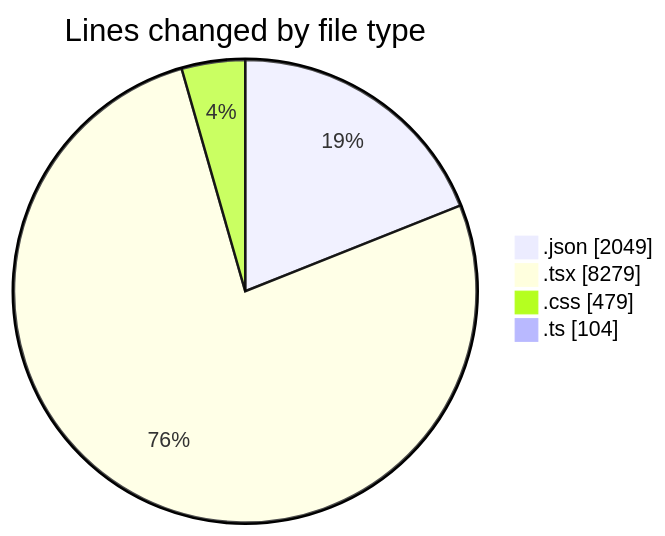
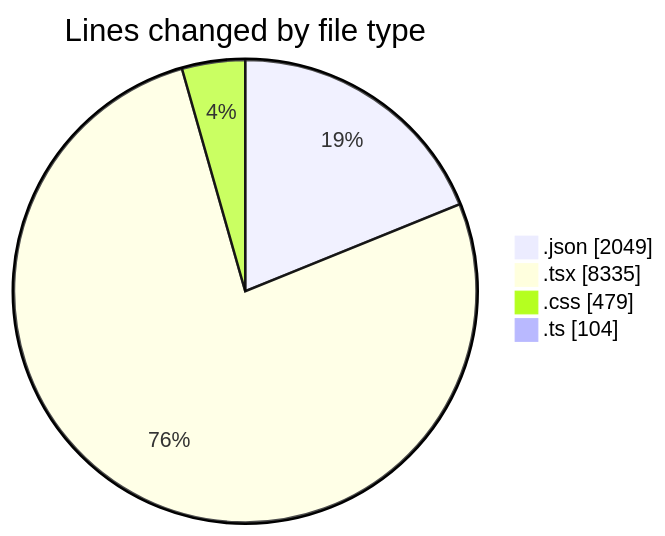
The first of 2 diagrams in 2025-08-14/ribbon/README.md (EIIisD/code-tracking), drawn with Mermaid before and after one commit. The commit also changed other lines of this file and 1 other file, not shown here.

````diff
--- a/2025-08-14/ribbon/README.md
+++ b/2025-08-14/ribbon/README.md
@@ -34,8 +34,8 @@
 ```mermaid
 pie showData
 title Lines changed by file type
 ".json" : 2049
-".tsx" : 8279
+".tsx" : 8335
 ".css" : 479
 ".ts" : 104
 ```
````
